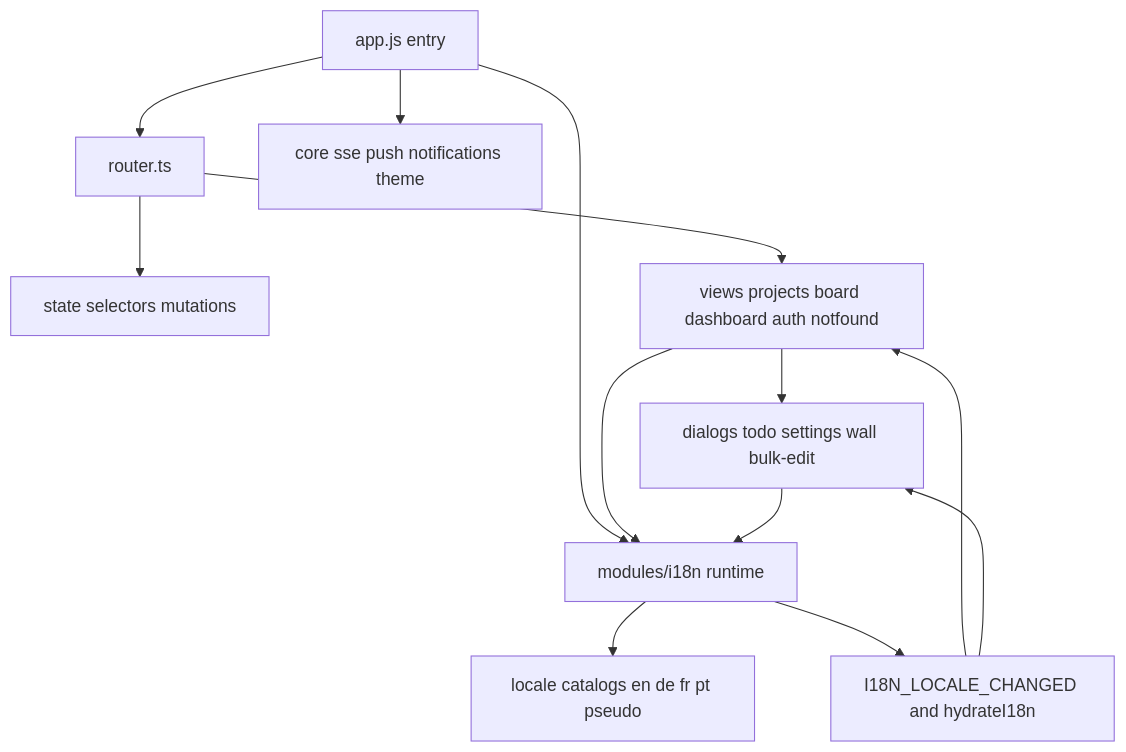
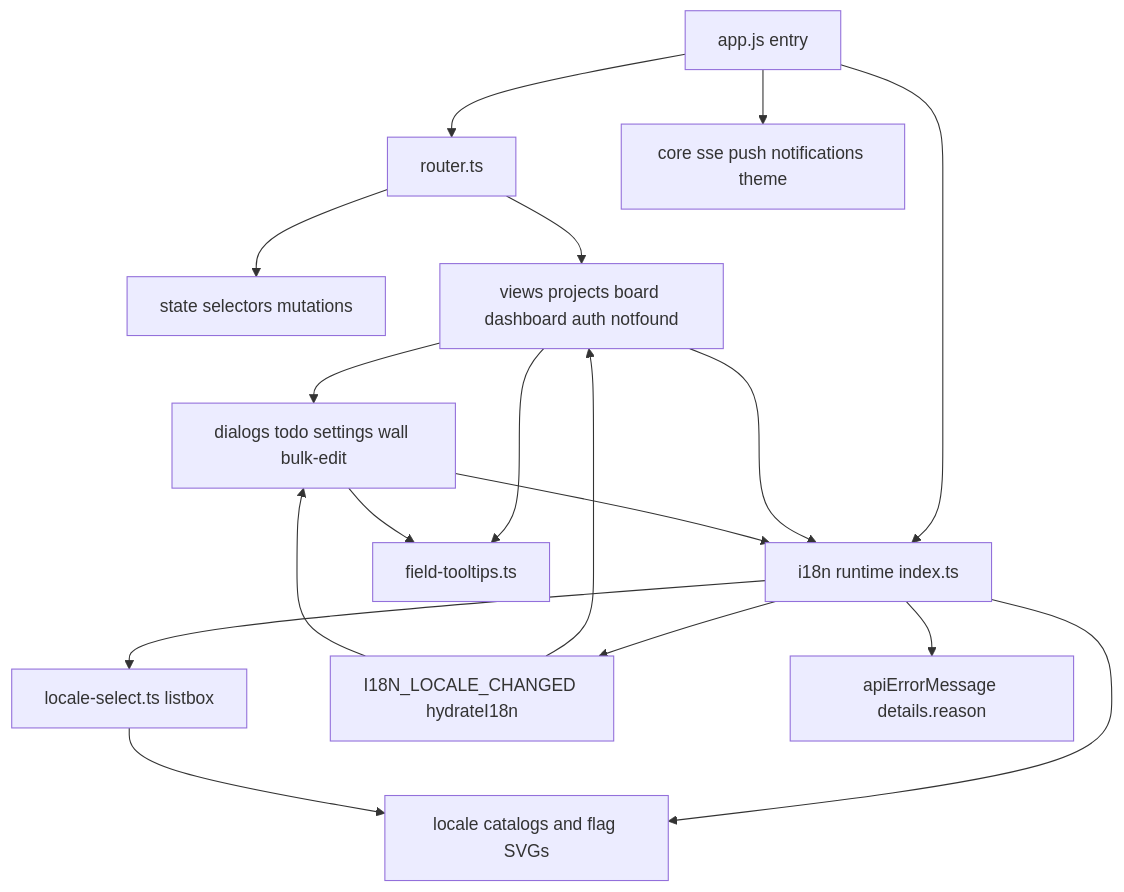
One commit to bhardwajRahul/scrumboy changed the first of 2 diagrams in docs/diagrams/scrumboy_frontend_spa.md. Above: the diagram before and after it, drawn with Mermaid. The commit also changed other lines of this file and 12 other files, not shown here.

Commit message:
updated architectural diagrams to reflect current architecture as of June 18th 2026

````diff
--- a/docs/diagrams/scrumboy_frontend_spa.md
+++ b/docs/diagrams/scrumboy_frontend_spa.md
@@ -5,25 +5,33 @@
 ```mermaid
 flowchart TB
   App[app.js entry]
   Router[router.ts]
   State[state selectors mutations]
   Views[views projects board dashboard auth notfound]
   Dialogs[dialogs todo settings wall bulk-edit]
   Core[core sse push notifications theme]
-  I18n[modules/i18n runtime]
-  Catalogs[locale catalogs en de fr pt pseudo]
-  LocaleChange[I18N_LOCALE_CHANGED and hydrateI18n]
+  I18n[i18n runtime index.ts]
+  Picker[locale-select.ts listbox]
+  Tips[field-tooltips.ts]
+  Cat[locale catalogs and flag SVGs]
+  Events[I18N_LOCALE_CHANGED hydrateI18n]
+  ApiErr[apiErrorMessage details.reason]
 
   App --> Router
   App --> Core
   App --> I18n
   Router --> State
   Router --> Views
   Views --> Dialogs
   Views --> I18n
+  Views --> Tips
   Dialogs --> I18n
-  I18n --> Catalogs
-  I18n --> LocaleChange
-  LocaleChange --> Views
-  LocaleChange --> Dialogs
+  Dialogs --> Tips
+  I18n --> Cat
+  I18n --> Picker
+  I18n --> Events
+  I18n --> ApiErr
+  Events --> Views
+  Events --> Dialogs
+  Picker --> Cat
 ```
````
